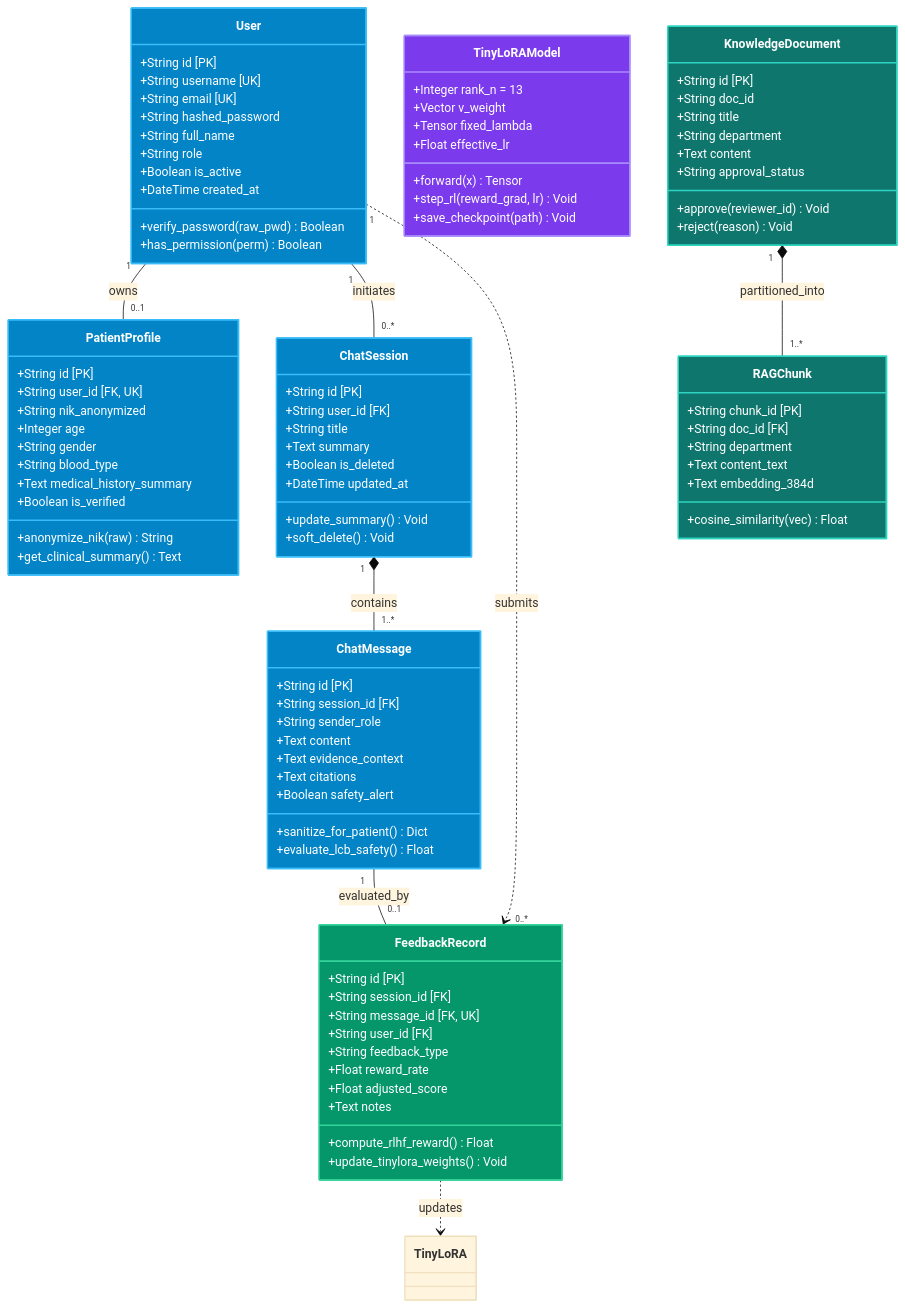
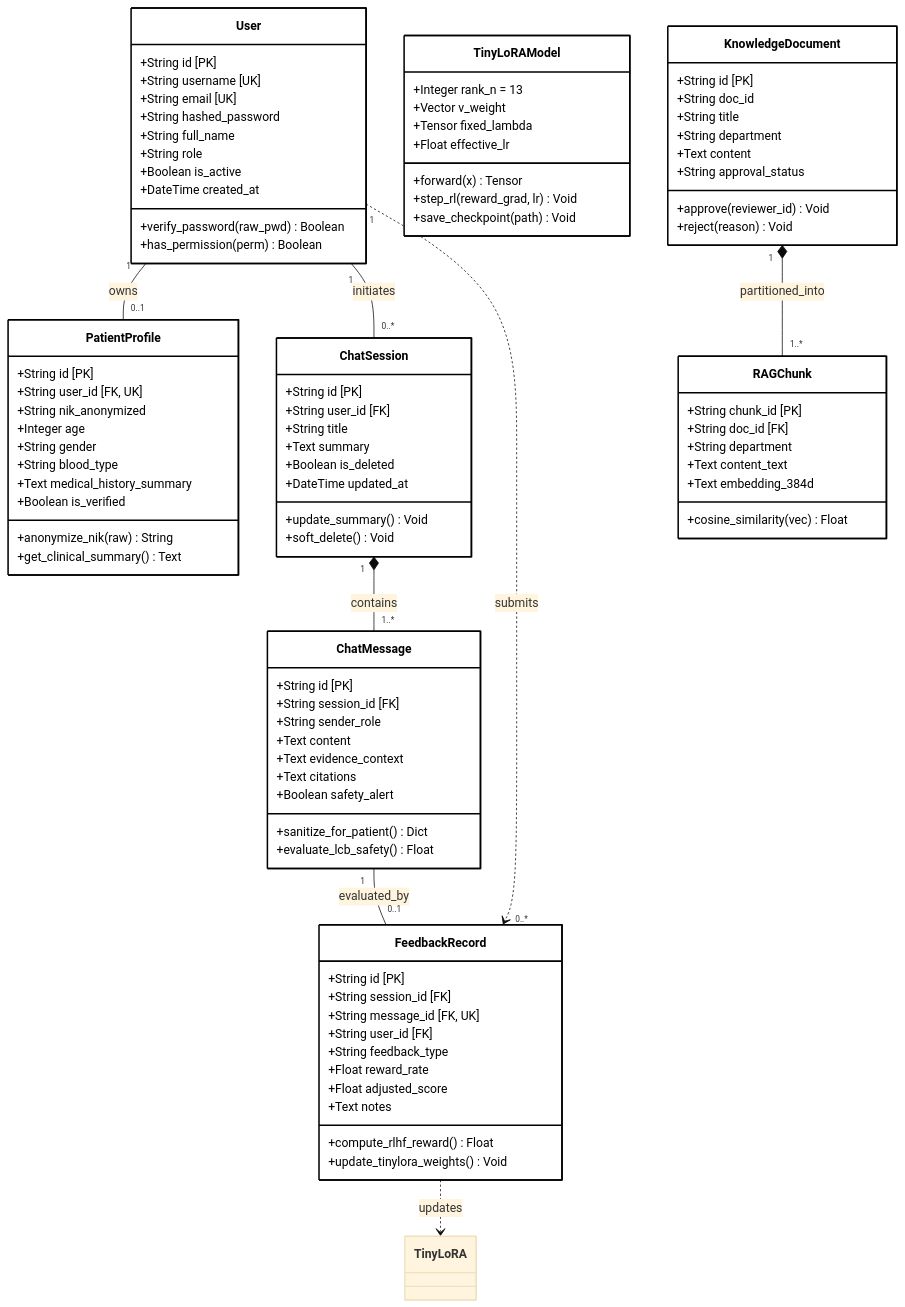
One commit to not162/record-medical-development changed the first of 5 diagrams in docs/readme/02_UML_DAN_DIAGRAM_ARSITEKTUR.md. Above: the diagram before and after it, drawn with Mermaid (base theme). The commit also changed other lines of this file and 3 other files, not shown here.

Commit message:
style(diagrams): convert all diagrams, tables, and interactive suite to pure monochrome black-and-white

````diff
--- a/docs/readme/02_UML_DAN_DIAGRAM_ARSITEKTUR.md
+++ b/docs/readme/02_UML_DAN_DIAGRAM_ARSITEKTUR.md
@@ -37,8 +32,8 @@
 classDiagram
     direction TB
 
-    %% Definisi Gaya Kelas Sesuai Template Gambar 1
-    class User:::blueClass {
+    %% Definisi Gaya Kelas Hitam Putih Standar Gambar 1
+    class User:::monoClass {
         +String id [PK]
         +String username [UK]
         +String email [UK]
@@ -51,7 +46,7 @@
         +has_permission(perm) Boolean
     }
 
-    class PatientProfile:::blueClass {
+    class PatientProfile:::monoClass {
         +String id [PK]
         +String user_id [FK, UK]
         +String nik_anonymized
@@ -64,7 +59,7 @@
         +get_clinical_summary() Text
     }
 
-    class ChatSession:::blueClass {
+    class ChatSession:::monoClass {
         +String id [PK]
         +String user_id [FK]
         +String title
@@ -75,7 +70,7 @@
         +soft_delete() Void
     }
 
-    class ChatMessage:::blueClass {
+    class ChatMessage:::monoClass {
         +String id [PK]
         +String session_id [FK]
         +String sender_role
@@ -87,7 +82,7 @@
         +evaluate_lcb_safety() Float
     }
 
-    class FeedbackRecord:::greenClass {
+    class FeedbackRecord:::monoClass {
         +String id [PK]
         +String session_id [FK]
         +String message_id [FK, UK]
@@ -100,7 +95,7 @@
         +update_tinylora_weights() Void
     }
 
-    class TinyLoRAModel:::purpleClass {
+    class TinyLoRAModel:::monoClass {
         +Integer rank_n = 13
         +Vector v_weight
         +Tensor fixed_lambda
@@ -110,7 +105,7 @@
         +save_checkpoint(path) Void
     }
 
-    class KnowledgeDocument:::tealClass {
+    class KnowledgeDocument:::monoClass {
         +String id [PK]
         +String doc_id
         +String title
@@ -121,7 +116,7 @@
         +reject(reason) Void
     }
 
-    class RAGChunk:::tealClass {
+    class RAGChunk:::monoClass {
         +String chunk_id [PK]
         +String doc_id [FK]
         +String department
@@ -130,7 +125,7 @@
         +cosine_similarity(vec) Float
     }
 
-    %% Relasi Struktural dengan Kardinalitas (Sesuai Standar Template)
+    %% Relasi Struktural dengan Kardinalitas Hitam Putih
     User "1" -- "0..1" PatientProfile : owns
     User "1" -- "0..*" ChatSession : initiates
     ChatSession "1" *-- "1..*" ChatMessage : contains
@@ -139,8 +134,5 @@
     FeedbackRecord ..> TinyLoRA : updates
     KnowledgeDocument "1" *-- "1..*" RAGChunk : partitioned_into
 
-    classDef blueClass fill:#0284c7,stroke:#38bdf8,stroke-width:2px,color:#ffffff;
-    classDef greenClass fill:#059669,stroke:#34d399,stroke-width:2px,color:#ffffff;
-    classDef purpleClass fill:#7c3aed,stroke:#a78bfa,stroke-width:2px,color:#ffffff;
-    classDef tealClass fill:#0f766e,stroke:#2dd4bf,stroke-width:2px,color:#ffffff;
+    classDef monoClass fill:#ffffff,stroke:#000000,stroke-width:2px,color:#000000;
 ```
````
